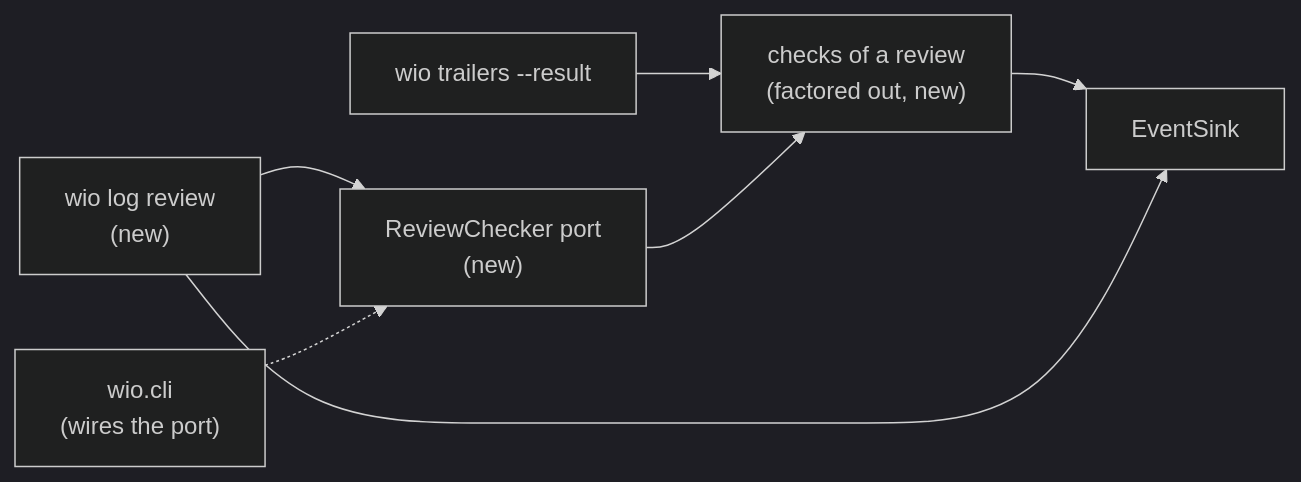
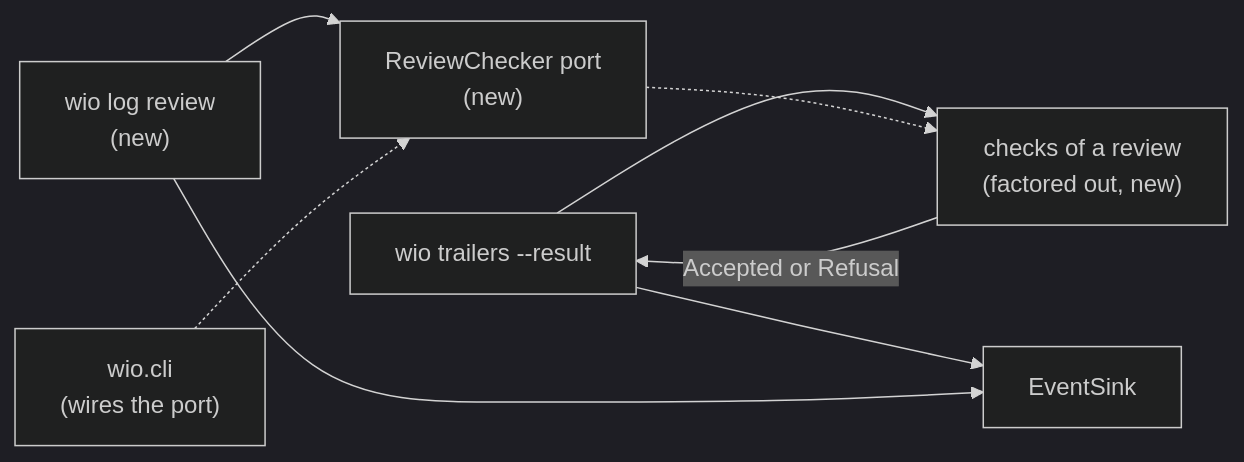
One commit to msitarz/wio changed the second of 2 diagrams in .agents/wio/works/wio-log/record-a-review-without-records/README.md. Above: the diagram before and after it, drawn with Mermaid (dark theme). The commit also changed other lines of this file, not shown here.

First line of the commit message:
docs(log): draw the return of the checks and give each refusal and usage case its own setup

````diff
--- a/.agents/wio/works/wio-log/record-a-review-without-records/README.md
+++ b/.agents/wio/works/wio-log/record-a-review-without-records/README.md
@@ -108,9 +110,10 @@
 ```mermaid
 flowchart LR
     T["wio trailers --result"] --> C["checks of a review\n(factored out, new)"]
-    C --> S["EventSink"]
+    C -- "Accepted or Refusal" --> T
+    T --> S["EventSink"]
     L["wio log review\n(new)"] --> P["ReviewChecker port\n(new)"]
     CLI["wio.cli\n(wires the port)"] -.-> P
-    P --> C
+    P -.-> C
     L --> S
 ```
````
